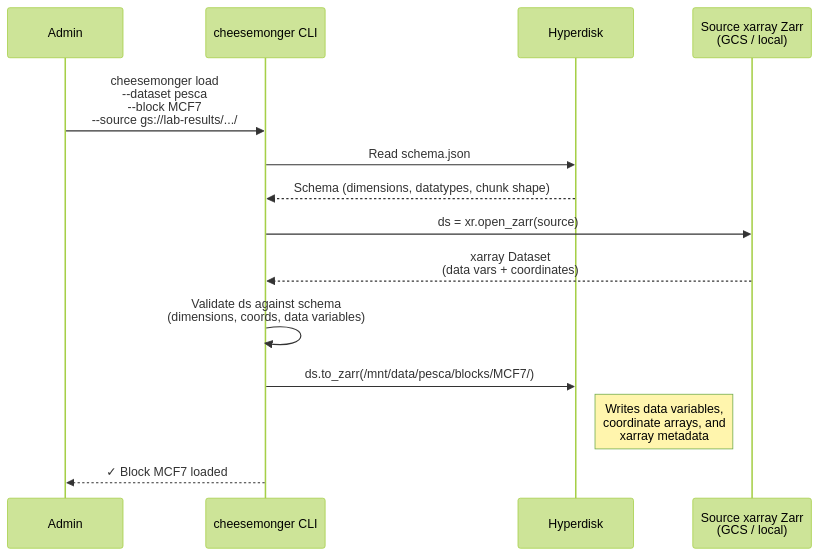
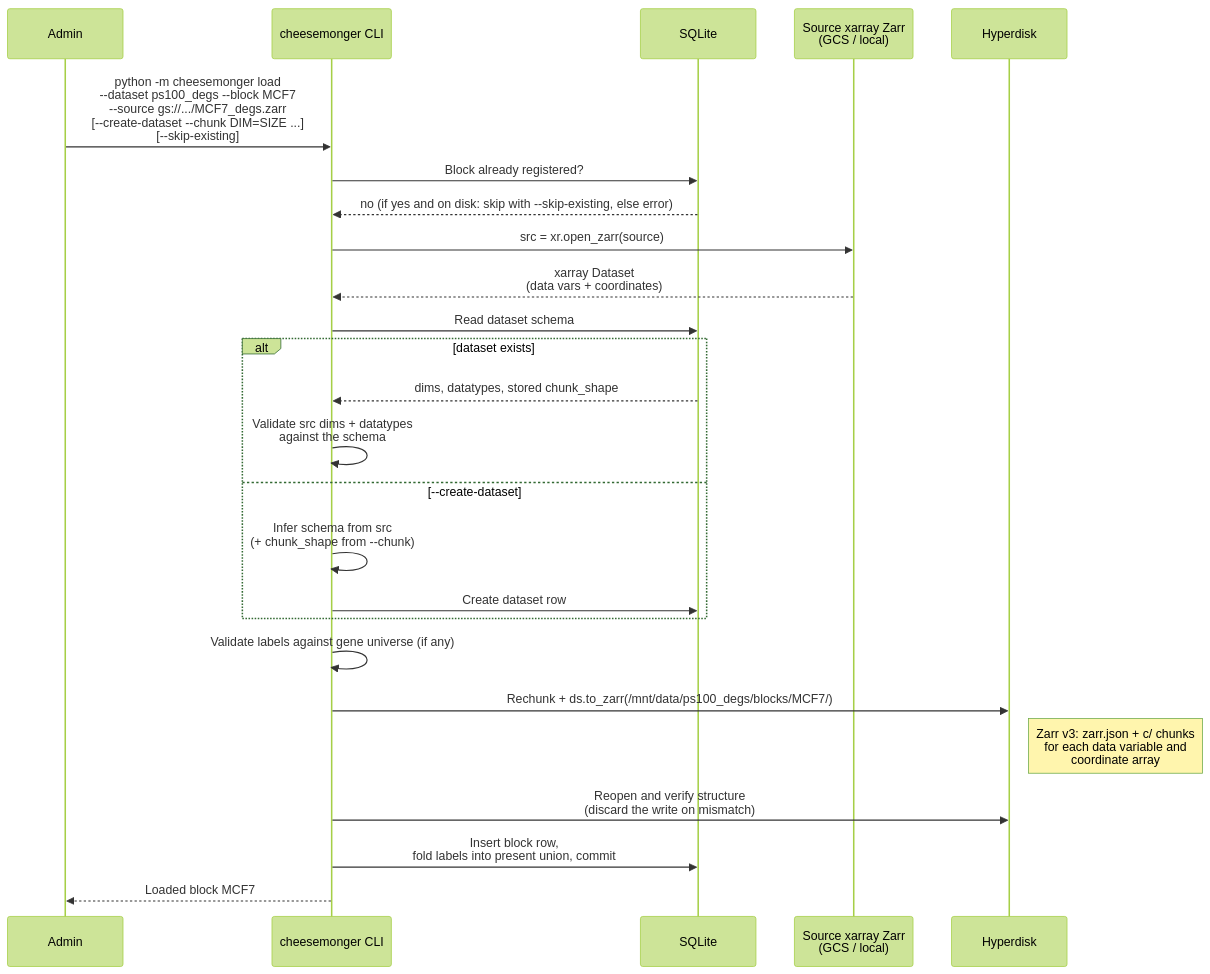
Before and after one commit to broadinstitute/cheesemonger: the fifth of 5 diagrams in docs/architecture_diagram.md, drawn with Mermaid (forest theme). The commit also changed other lines of this file and 26 other files, not shown here.

````diff
--- a/docs/architecture_diagram.md
+++ b/docs/architecture_diagram.md
@@ -169,22 +236,35 @@
 ```mermaid
 sequenceDiagram
     participant ADMIN as Admin
     participant CLI as cheesemonger CLI
+    participant DB as SQLite
+    participant SRC as Source xarray Zarr<br/>(GCS / local)
     participant DISK as Hyperdisk
-    participant SRC as Source xarray Zarr<br/>(GCS / local)
 
-    ADMIN->>CLI: cheesemonger load<br/>--dataset pesca<br/>--block MCF7<br/>--source gs://lab-results/.../
+    ADMIN->>CLI: python -m cheesemonger load<br/>--dataset ps100_degs --block MCF7<br/>--source gs://.../MCF7_degs.zarr<br/>[--create-dataset --chunk DIM=SIZE ...]<br/>[--skip-existing]
 
-    CLI->>DISK: Read schema.json
-    DISK-->>CLI: Schema (dimensions, datatypes, chunk shape)
+    CLI->>DB: Block already registered?
+    DB-->>CLI: no (if yes and on disk: skip with --skip-existing, else error)
 
-    CLI->>SRC: ds = xr.open_zarr(source)
+    CLI->>SRC: src = xr.open_zarr(source)
     SRC-->>CLI: xarray Dataset<br/>(data vars + coordinates)
 
-    CLI->>CLI: Validate ds against schema<br/>(dimensions, coords, data variables)
+    CLI->>DB: Read dataset schema
+    alt dataset exists
+        DB-->>CLI: dims, datatypes, stored chunk_shape
+        CLI->>CLI: Validate src dims + datatypes<br/>against the schema
+    else --create-dataset
+        CLI->>CLI: Infer schema from src<br/>(+ chunk_shape from --chunk)
+        CLI->>DB: Create dataset row
+    end
 
-    CLI->>DISK: ds.to_zarr(/mnt/data/pesca/blocks/MCF7/)
-    Note right of DISK: Writes data variables,<br/>coordinate arrays, and<br/>xarray metadata
+    CLI->>CLI: Validate labels against gene universe (if any)
 
-    CLI-->>ADMIN: ✓ Block MCF7 loaded
+    CLI->>DISK: Rechunk + ds.to_zarr(/mnt/data/ps100_degs/blocks/MCF7/)
+    Note right of DISK: Zarr v3: zarr.json + c/ chunks<br/>for each data variable and<br/>coordinate array
+    CLI->>DISK: Reopen and verify structure<br/>(discard the write on mismatch)
+
+    CLI->>DB: Insert block row,<br/>fold labels into present union, commit
+
+    CLI-->>ADMIN: Loaded block MCF7
 ```
````
